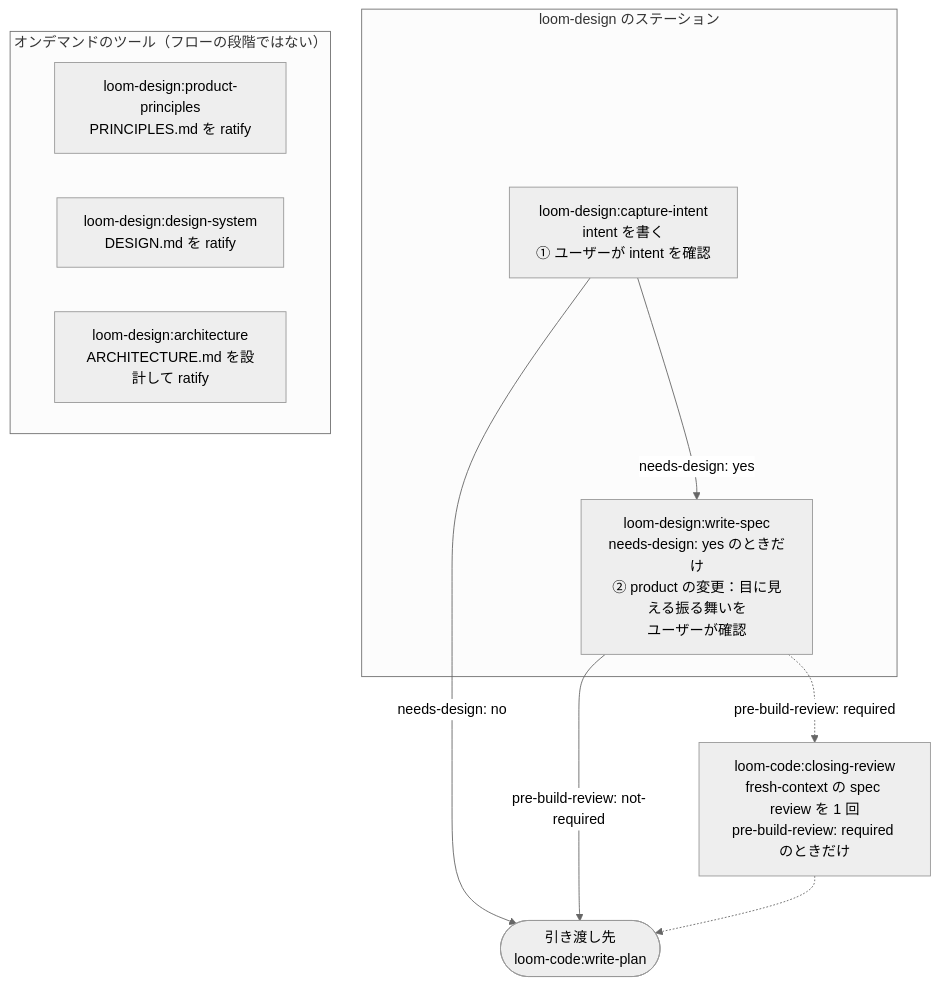
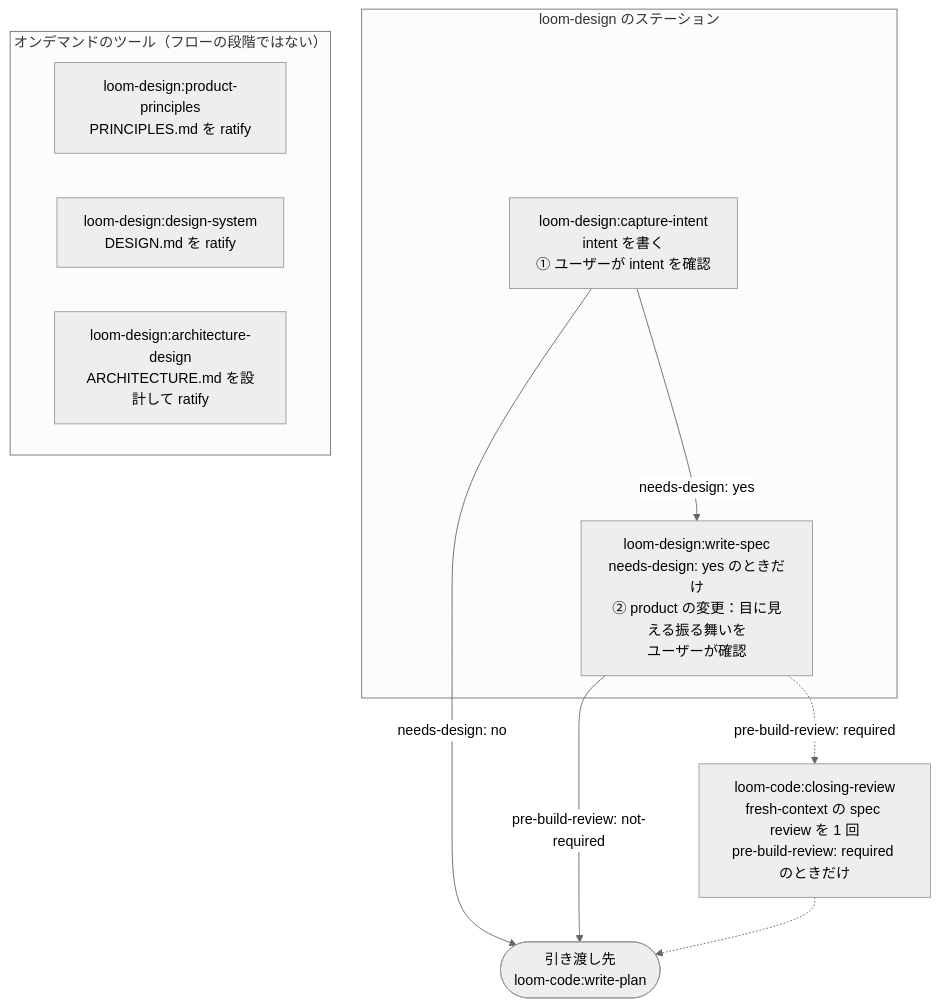
Before and after one commit to kouko/loom-plugins: the diagram in loom-design/README.ja.md, drawn with Mermaid (neutral theme). The commit also changed other lines of this file and 36 other files, not shown here.

First line of the commit message:
feat(loom-design): rename architecture skill to architecture-design (#57)

````diff
--- a/loom-design/README.ja.md
+++ b/loom-design/README.ja.md
@@ -18,22 +18,22 @@
 ```mermaid
 flowchart TD
     subgraph stations["loom-design のステーション"]
         intent["loom-design:capture-intent<br/>intent を書く<br/>① ユーザーが intent を確認"]
         spec["loom-design:write-spec<br/>needs-design: yes のときだけ<br/>② product の変更：目に見える振る舞いを<br/>ユーザーが確認"]
     end
 
     specreview["loom-code:closing-review<br/>fresh-context の spec review を 1 回<br/>pre-build-review: required のときだけ"]
     plan(["引き渡し先<br/>loom-code:write-plan"])
 
     subgraph tools["オンデマンドのツール（フローの段階ではない）"]
         principles["loom-design:product-principles<br/>PRINCIPLES.md を ratify"]
         designsys["loom-design:design-system<br/>DESIGN.md を ratify"]
-        arch["loom-design:architecture<br/>ARCHITECTURE.md を設計して ratify"]
+        arch["loom-design:architecture-design<br/>ARCHITECTURE.md を設計して ratify"]
     end
 
     intent -->|"needs-design: yes"| spec
     intent -->|"needs-design: no"| plan
     spec -->|"pre-build-review: not-required"| plan
     spec -.->|"pre-build-review: required"| specreview
     specreview -.-> plan
 ```
````
